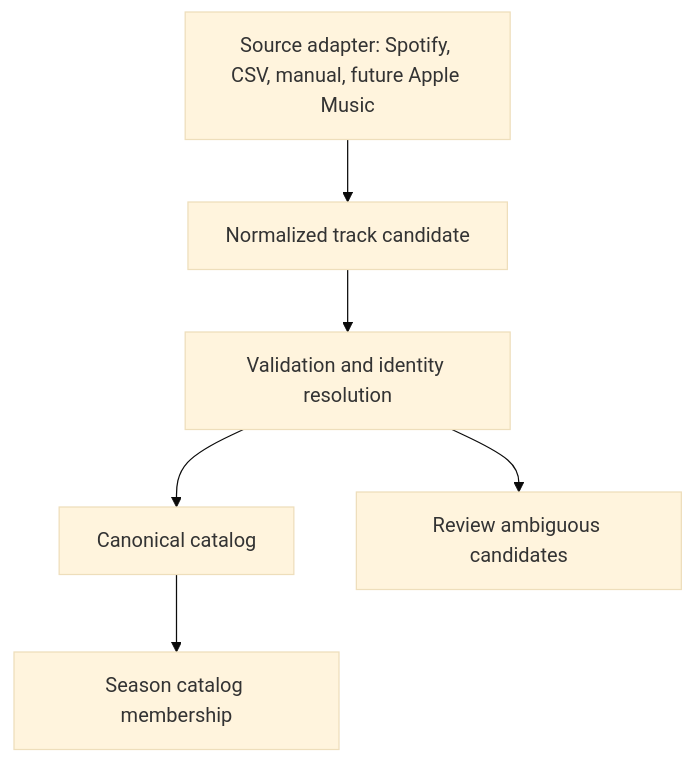
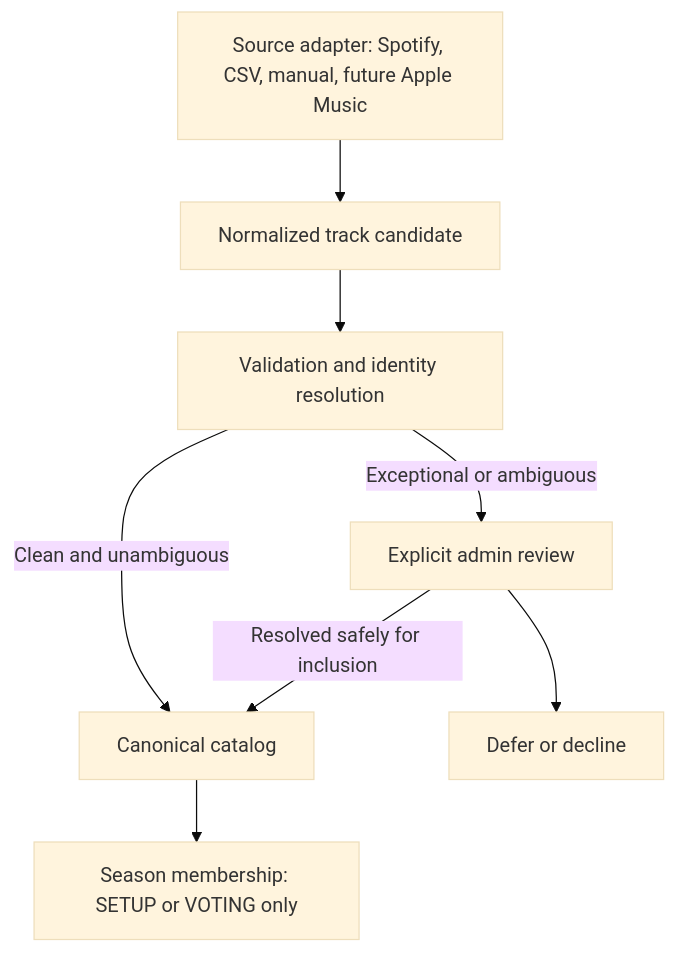
One commit to BarAshual/hardstyle-rankings changed the diagram in docs/catalog-ingestion.md. Above: the diagram before and after it, drawn with Mermaid (base theme). The commit also changed other lines of this file and 4 other files, not shown here.

````diff
--- a/docs/catalog-ingestion.md
+++ b/docs/catalog-ingestion.md
@@ -38,8 +54,10 @@
 ```mermaid
 flowchart TD
     A[Source adapter: Spotify, CSV, manual, future Apple Music] --> B[Normalized track candidate]
     B --> C[Validation and identity resolution]
-    C --> D[Canonical catalog]
-    C --> R[Review ambiguous candidates]
-    D --> E[Season catalog membership]
+    C -->|Clean and unambiguous| D[Canonical catalog]
+    C -->|Exceptional or ambiguous| R[Explicit admin review]
+    R -->|Resolved safely for inclusion| D
+    R --> H[Defer or decline]
+    D --> E[Season membership: SETUP or VOTING only]
 ```
````
